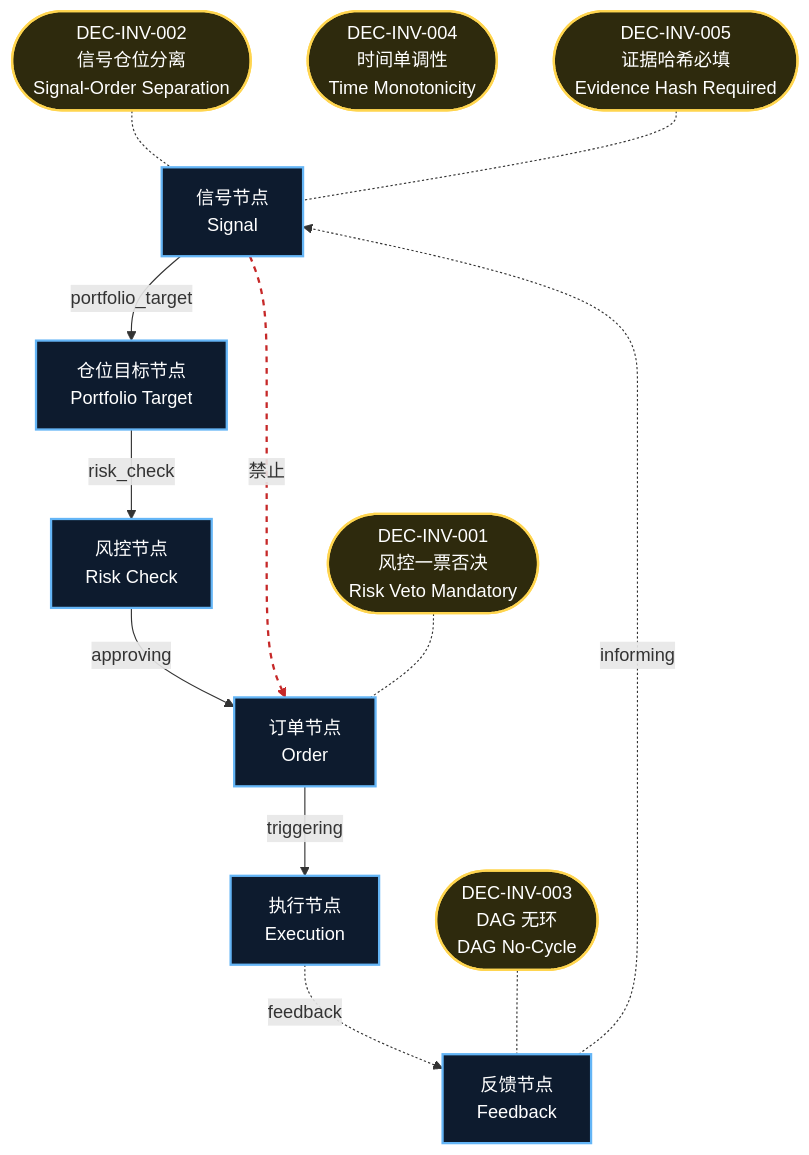
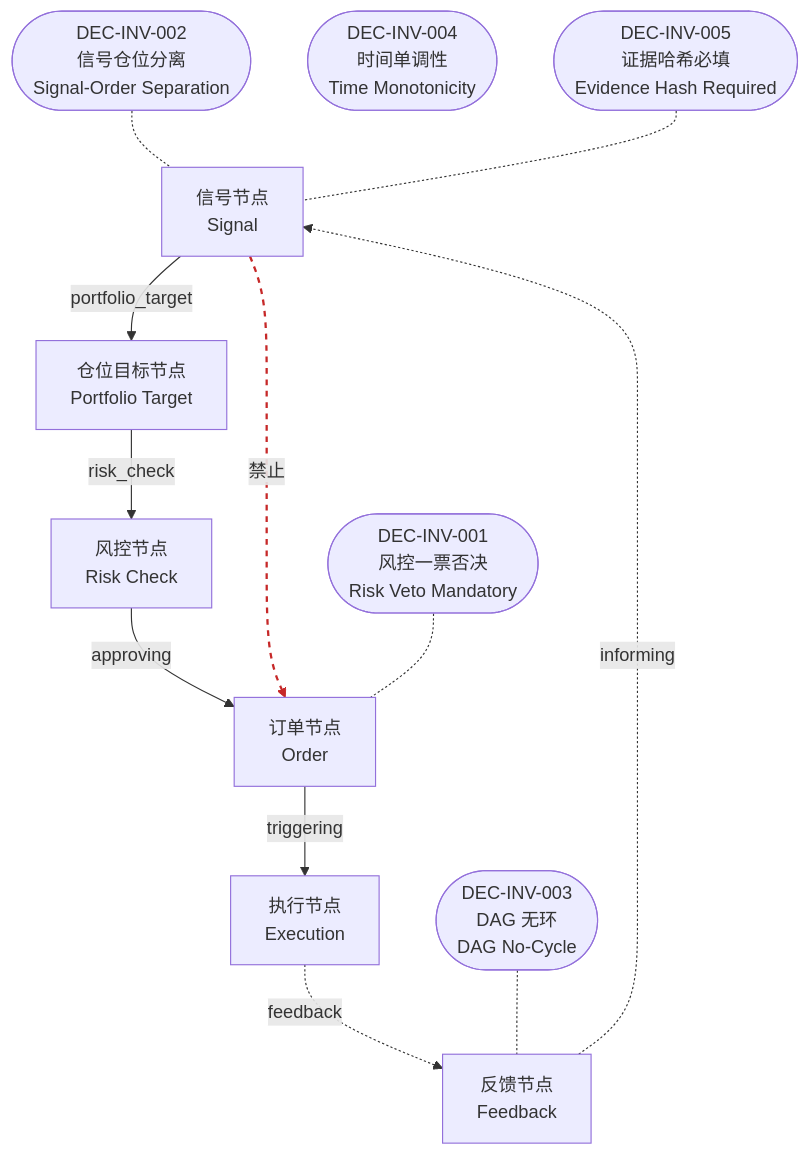
Before and after one commit to xuanFelixVan/ZephyrAlpha: the diagram in docs/02_enterprise_architecture/06_decision_architecture/21_decision_invariants.md, drawn with Mermaid. The commit also changed other lines of this file and 23 other files, not shown here.

First line of the commit message:
style(decision-diagram): 移除所有 mermaid classDef，照搬 application_flows.md 纯默认主题

````diff
--- a/docs/02_enterprise_architecture/06_decision_architecture/21_decision_invariants.md
+++ b/docs/02_enterprise_architecture/06_decision_architecture/21_decision_invariants.md
@@ -10,29 +10,26 @@
 ```mermaid
 flowchart TD
-    NT_signal["信号节点<br/>Signal"]:::nodeType
-    NT_portfolio_target["仓位目标节点<br/>Portfolio Target"]:::nodeType
-    NT_risk_check["风控节点<br/>Risk Check"]:::nodeType
-    NT_order["订单节点<br/>Order"]:::nodeType
-    NT_execution["执行节点<br/>Execution"]:::nodeType
-    NT_feedback["反馈节点<br/>Feedback"]:::nodeType
+    NT_signal["信号节点<br/>Signal"]
+    NT_portfolio_target["仓位目标节点<br/>Portfolio Target"]
+    NT_risk_check["风控节点<br/>Risk Check"]
+    NT_order["订单节点<br/>Order"]
+    NT_execution["执行节点<br/>Execution"]
+    NT_feedback["反馈节点<br/>Feedback"]
     NT_signal -->|portfolio_target| NT_portfolio_target
     NT_portfolio_target -->|risk_check| NT_risk_check
     NT_risk_check -->|approving| NT_order
     NT_order -->|triggering| NT_execution
     NT_execution -.->|feedback| NT_feedback
     NT_feedback -.->|informing| NT_signal
     NT_signal -.->|禁止| NT_order
     linkStyle 6 stroke:#c62828,stroke-width:2px,stroke-dasharray: 5 5
-    INV_DEC_INV_001(["DEC-INV-001<br/>风控一票否决<br/>Risk Veto Mandatory"]):::invariant
-    INV_DEC_INV_002(["DEC-INV-002<br/>信号仓位分离<br/>Signal-Order Separation"]):::invariant
-    INV_DEC_INV_003(["DEC-INV-003<br/>DAG 无环<br/>DAG No-Cycle"]):::invariant
-    INV_DEC_INV_004(["DEC-INV-004<br/>时间单调性<br/>Time Monotonicity"]):::invariant
-    INV_DEC_INV_005(["DEC-INV-005<br/>证据哈希必填<br/>Evidence Hash Required"]):::invariant
+    INV_DEC_INV_001(["DEC-INV-001<br/>风控一票否决<br/>Risk Veto Mandatory"])
+    INV_DEC_INV_002(["DEC-INV-002<br/>信号仓位分离<br/>Signal-Order Separation"])
+    INV_DEC_INV_003(["DEC-INV-003<br/>DAG 无环<br/>DAG No-Cycle"])
+    INV_DEC_INV_004(["DEC-INV-004<br/>时间单调性<br/>Time Monotonicity"])
+    INV_DEC_INV_005(["DEC-INV-005<br/>证据哈希必填<br/>Evidence Hash Required"])
     INV_DEC_INV_001 -.- NT_order
     INV_DEC_INV_002 -.- NT_signal
     INV_DEC_INV_003 -.- NT_feedback
     INV_DEC_INV_005 -.- NT_signal
-
-    classDef nodeType fill:#0d1b2e,stroke:#64b5f6,stroke-width:2px,color:#fff
-    classDef invariant fill:#2e2a0d,stroke:#ffd54f,stroke-width:2px,color:#fff
 ```
````
